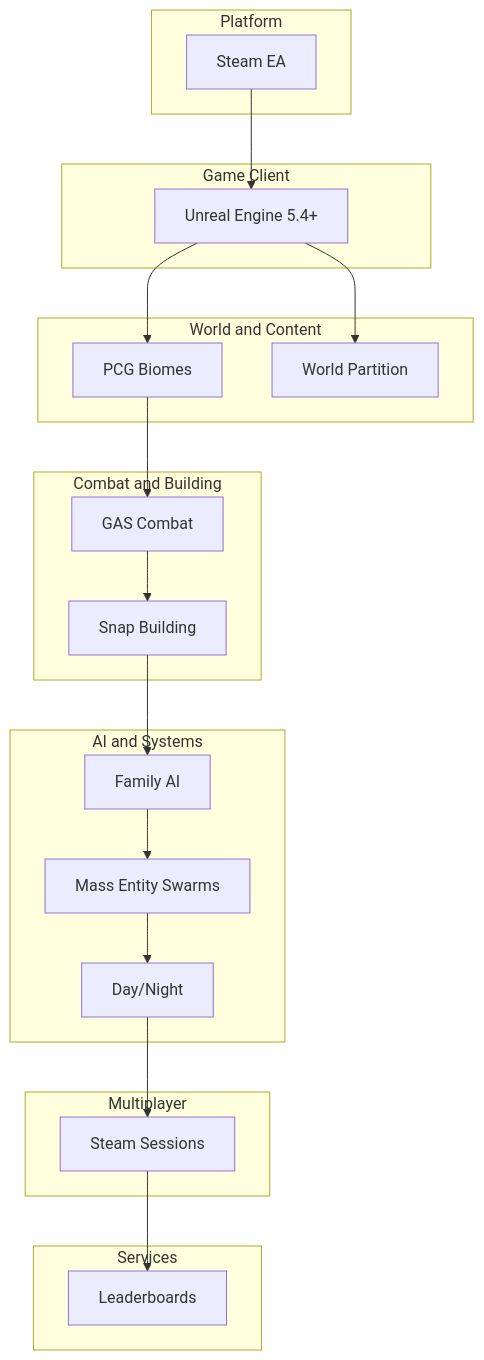
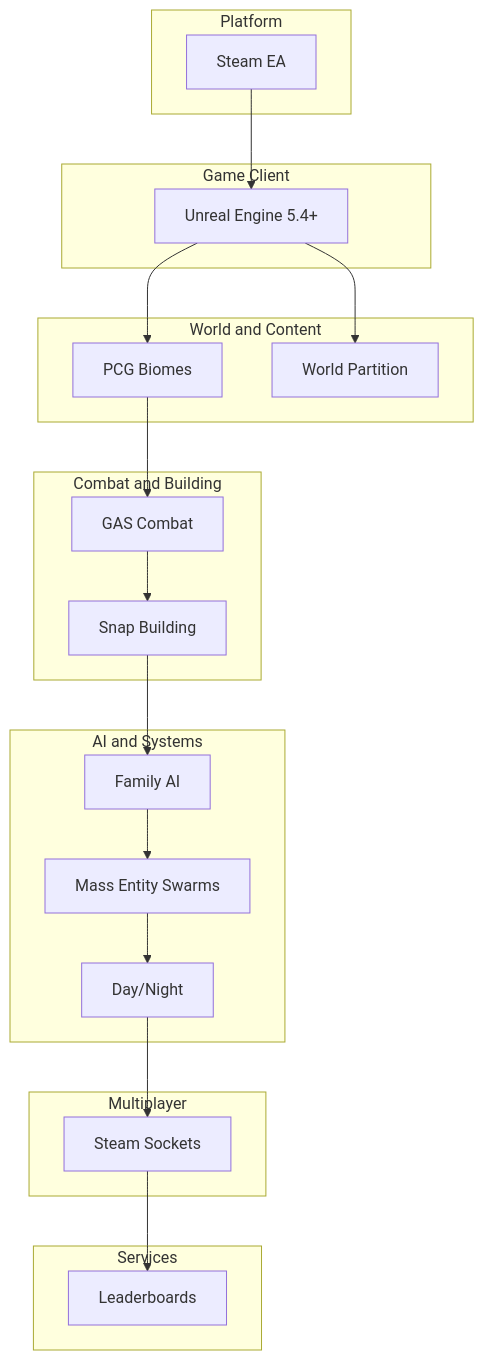
Before and after one commit to XylarDark/HomeWorld: the diagram in docs/STACK_PLAN.md, drawn with Mermaid. The commit also changed other lines of this file and 438 other files, not shown here.

````diff
--- a/docs/STACK_PLAN.md
+++ b/docs/STACK_PLAN.md
@@ -9,37 +9,37 @@
 ```mermaid
 flowchart TB
   subgraph platform [Platform]
     Steam[Steam EA]
   end
   subgraph client [Game Client]
     UE[Unreal Engine 5.4+]
   end
   subgraph world [World and Content]
     PCG[PCG Biomes]
     WP[World Partition]
   end
   subgraph gameplay [Combat and Building]
     GAS[GAS Combat]
     Build[Snap Building]
   end
   subgraph ai [AI and Systems]
     FamilyAI[Family AI]
     Mass[Mass Entity Swarms]
     DayNight[Day/Night]
   end
   subgraph net [Multiplayer]
-    SteamSessions[Steam Sessions]
+    SteamSockets[Steam Sockets]
   end
   subgraph services [Services]
     Leaderboards[Leaderboards]
   end
   Steam --> UE --> PCG
   UE --> WP
   PCG --> GAS
   GAS --> Build
   Build --> FamilyAI
   FamilyAI --> Mass
   Mass --> DayNight
-  DayNight --> SteamSessions
-  SteamSessions --> Leaderboards
+  DayNight --> SteamSockets
+  SteamSockets --> Leaderboards
 ```
````
